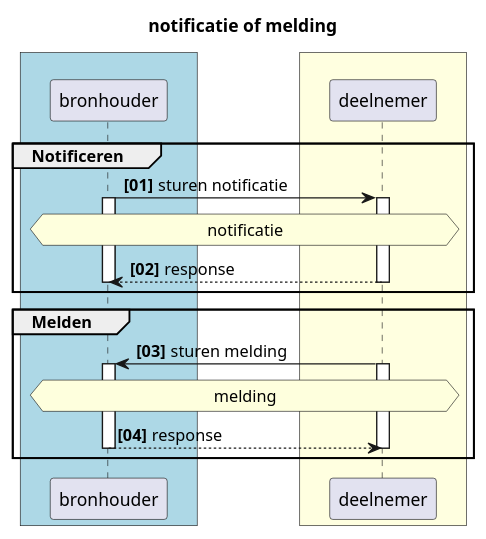
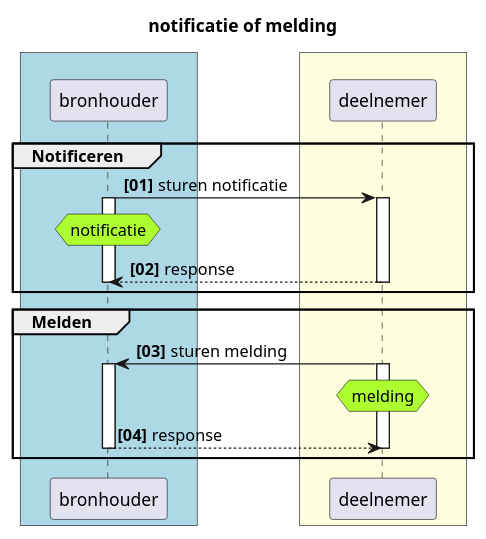
One commit to iStandaarden/iWlz-RequestForComment changed the diagram in plantUMLsrc/rfc008-01-notificatie_melding.puml. Above: the diagram before and after it, drawn with PlantUML. The commit also changed 1 other file, not shown here.

```diff
--- a/plantUMLsrc/rfc008-01-notificatie_melding.puml
+++ b/plantUMLsrc/rfc008-01-notificatie_melding.puml
@@ -1,32 +1,32 @@
 @startuml rfc008-01-notificatie_melding
 title notificatie of melding
 skinparam handwritten false
 skinparam participantpadding 20
 skinparam boxpadding 40
 autonumber "<b>[00]"
 box  #lightblue
 participant "bronhouder" as bs
 end box
 
 box  #lightyellow
 participant "deelnemer" as dbs
 end box
 
 Group Notificeren
     bs -> dbs : sturen notificatie
-    hnote across:notificatie
+    hnote over bs #GreenYellow :notificatie 
     activate bs
     activate dbs
     return response
     deactivate bs
 end
 
 Group Melden
     dbs -> bs: sturen melding
-    hnote across:melding
+    hnote over dbs #GreenYellow :melding
     activate bs
     activate dbs
     return response
     deactivate dbs
 end
 @enduml
```
